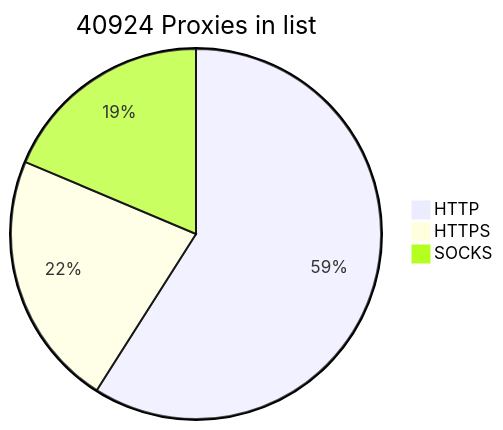
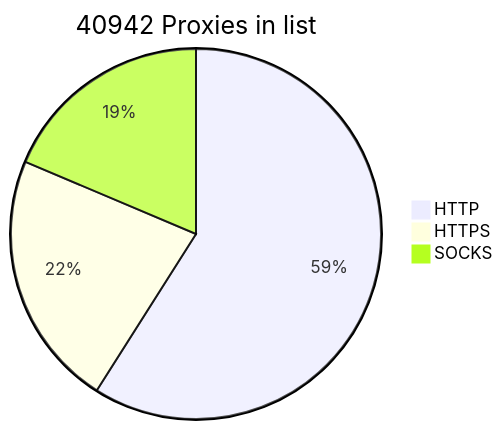
One commit to BlackSnowDot/proxylist-update-every-minute changed the diagram in README.md. Above: the diagram before and after it, drawn with Mermaid.

````diff
--- a/README.md
+++ b/README.md
@@ -2,6 +2,6 @@
 ```mermaid
-pie title 40924 Proxies in list
-    "HTTP" : 28346
-    "HTTPS": 10737
+pie title 40942 Proxies in list
+    "HTTP" : 28356
+    "HTTPS": 10753
     "SOCKS" : 8956
 ```
````
